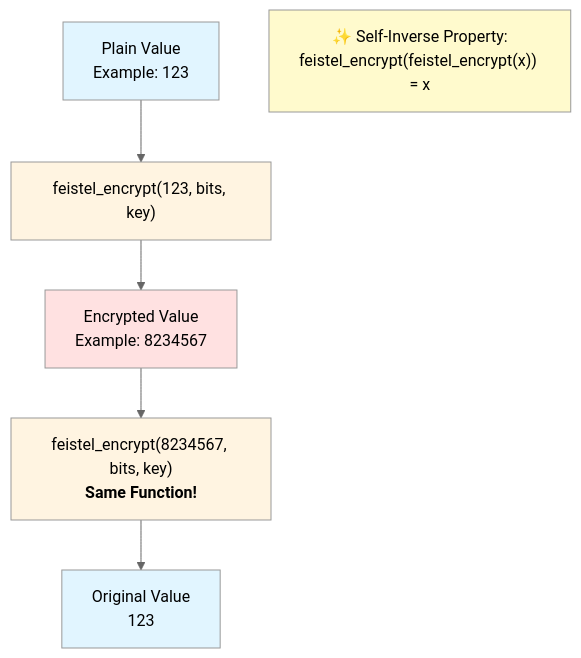
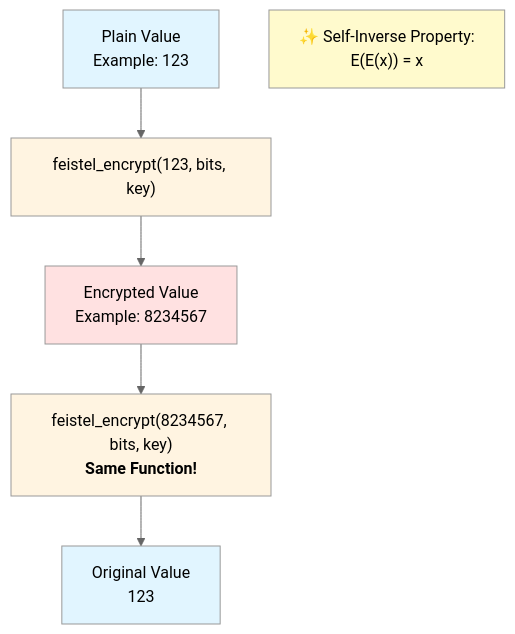
The second of 2 diagrams in README.md (devall-org/feistel_cipher), drawn with Mermaid (neutral theme) before and after one commit. The commit also changed other lines of this file, not shown here.

First line of the commit message:
docs: Add mathematical notation for self-inverse property

````diff
--- a/README.md
+++ b/README.md
@@ -127,19 +143,19 @@
 ```mermaid
 flowchart TB
     Plain["Plain Value<br/>Example: 123"]
     
     Plain --> E["feistel_encrypt(123, bits, key)"]
     E --> Cipher["Encrypted Value<br/>Example: 8234567"]
     
     Cipher --> D["feistel_encrypt(8234567, bits, key)<br/><b>Same Function!</b>"]
     D --> Plain2["Original Value<br/>123"]
     
-    Note["✨ Self-Inverse Property:<br/>feistel_encrypt(feistel_encrypt(x)) = x"]
+    Note["✨ Self-Inverse Property:<br/>E(E(x)) = x"]
     
     style Plain fill:#e1f5ff
     style Cipher fill:#ffe1e1
     style Plain2 fill:#e1f5ff
     style E fill:#fff4e1
     style D fill:#fff4e1
     style Note fill:#fffacd
 ```
````
